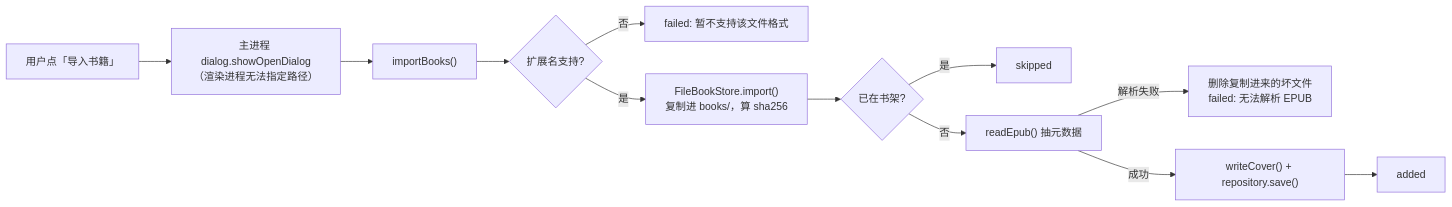
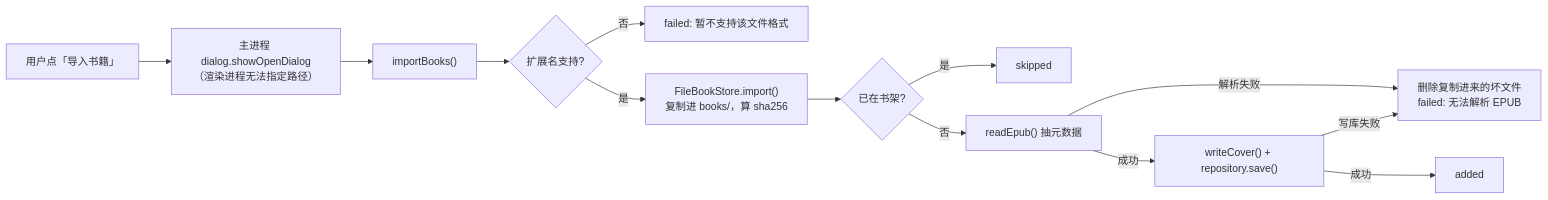
Before and after one commit to Lor123r/-ai: the third of 6 diagrams in README.md, drawn with Mermaid. The commit also changed other lines of this file and 11 other files, not shown here.

````diff
--- a/README.md
+++ b/README.md
@@ -322,14 +322,15 @@
 ```mermaid
 flowchart LR
     A["用户点「导入书籍」"] --> B["主进程 dialog.showOpenDialog<br/>（渲染进程无法指定路径）"]
     B --> C["importBooks()"]
     C --> D{"扩展名支持?"}
     D -- 否 --> E[failed: 暂不支持该文件格式]
     D -- 是 --> F["FileBookStore.import()<br/>复制进 books/，算 sha256"]
     F --> G{"已在书架?"}
     G -- 是 --> H[skipped]
     G -- 否 --> I["readEpub() 抽元数据"]
     I -- 解析失败 --> J["删除复制进来的坏文件<br/>failed: 无法解析 EPUB"]
     I -- 成功 --> K["writeCover() + repository.save()"]
-    K --> L[added]
+    K -- 写库失败 --> J
+    K -- 成功 --> L[added]
 ```
````
